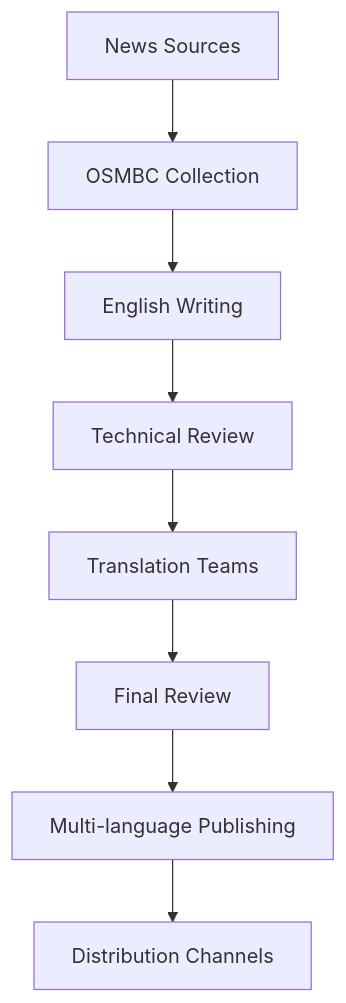
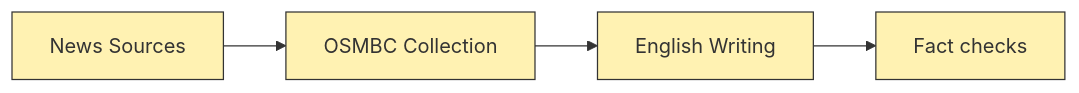
One commit to miurahr/coscup2025-weeklyosm changed the first of 2 diagrams in slide/index.md. Above: the diagram before and after it, drawn with Mermaid. The commit also changed other lines of this file and 9 other files, not shown here.

Commit message:
Remove banner logo, revise timeline SVG, and update slide content.

````diff
--- a/slide/index.md
+++ b/slide/index.md
@@ -174,10 +181,10 @@
-```mermaid
-graph TD
+<div class="mermaid">
+graph LR
     A[News Sources] --> B[OSMBC Collection]
     B --> C[English Writing]
-    C --> D[Technical Review]
-    D --> E[Translation Teams]
-    E --> F[Final Review]
-    F --> G[Multi-language Publishing]
-    G --> H[Distribution Channels]
-```
+    C --> D[Fact checks]
+    style A fill:#fff2b2,stroke:#333
+    style B fill:#fff2b2,stroke:#333
+    style C fill:#fff2b2,stroke:#333
+    style D fill:#fff2b2,stroke:#333
+</div>
````
